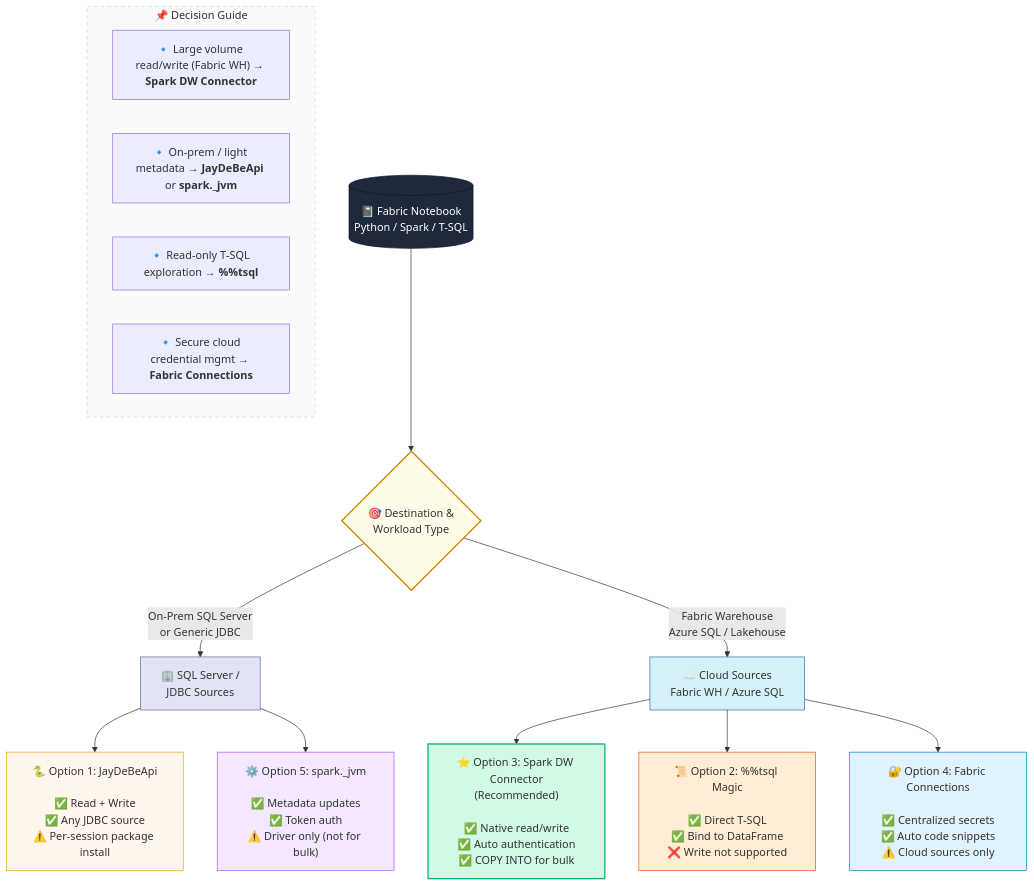
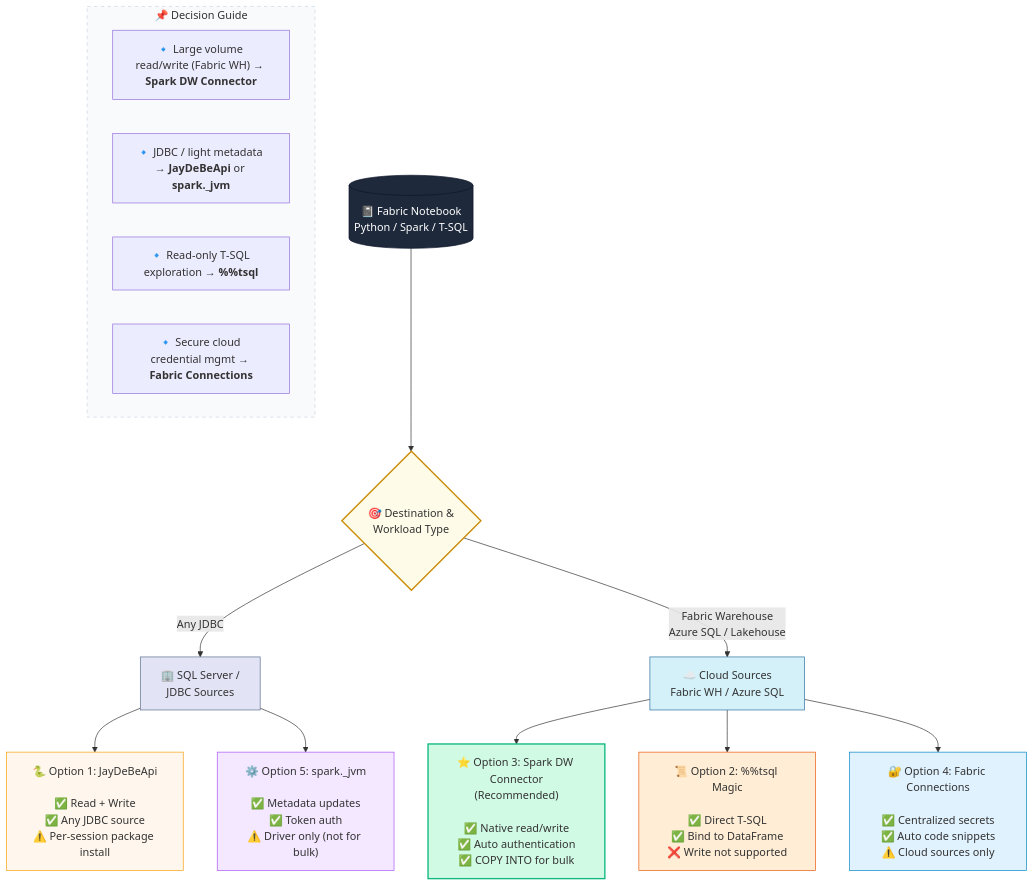
Before and after one commit to ZosBHAI/tech_notes: the diagram in technical_notes/ytube_contents/Fabric/Notebook_JDBC_Util/Connecting_to_jdbc_source.md, drawn with Mermaid.

````diff
--- a/technical_notes/ytube_contents/Fabric/Notebook_JDBC_Util/Connecting_to_jdbc_source.md
+++ b/technical_notes/ytube_contents/Fabric/Notebook_JDBC_Util/Connecting_to_jdbc_source.md
@@ -103,47 +103,47 @@
 ``` mermaid
 flowchart TD
     Start[("📓 Fabric Notebook<br>Python / Spark / T-SQL")]
     
     Start --> Decision{🎯 Destination &<br>Workload Type}
     
-    %% On-Prem / Classic SQL Branch
-    Decision -->|On-Prem SQL Server<br>or Generic JDBC| OnPremGroup[🏢 SQL Server /<br>JDBC Sources]
+    %% Any JDBC Source Branch
+    Decision -->|Any JDBC| OnPremGroup[🏢 SQL Server /<br>JDBC Sources]
     
     OnPremGroup --> JayDeBeApi["🐍 Option 1: JayDeBeApi<br><br>✅ Read + Write<br>✅ Any JDBC source<br>⚠️ Per-session package install"]
     OnPremGroup --> SparkJVM["⚙️ Option 5: spark._jvm<br><br>✅ Metadata updates<br>✅ Token auth<br>⚠️ Driver only (not for bulk)"]
     
     %% Cloud / Fabric Warehouse Branch
     Decision -->|Fabric Warehouse<br>Azure SQL / Lakehouse| CloudGroup[☁️ Cloud Sources<br>Fabric WH / Azure SQL]
     
     CloudGroup --> SparkConnector["⭐ Option 3: Spark DW Connector<br>(Recommended)<br><br>✅ Native read/write<br>✅ Auto authentication<br>✅ COPY INTO for bulk"]
     CloudGroup --> TSQLMagic["📜 Option 2: %%tsql Magic<br><br>✅ Direct T-SQL<br>✅ Bind to DataFrame<br>❌ Write not supported"]
     CloudGroup --> FabricConn["🔐 Option 4: Fabric Connections<br><br>✅ Centralized secrets<br>✅ Auto code snippets<br>⚠️ Cloud sources only"]
     
     
     
     %% Recommendation summary
     subgraph Legend["📌 Decision Guide"]
         L1["🔹 Large volume read/write (Fabric WH) → <b>Spark DW Connector</b>"]
-        L2["🔹 On‑prem / light metadata → <b>JayDeBeApi</b> or <b>spark._jvm</b>"]
+        L2["🔹 JDBC / light metadata → <b>JayDeBeApi</b> or <b>spark._jvm</b>"]
         L3["🔹 Read‑only T‑SQL exploration → <b>%%tsql</b>"]
         L4["🔹 Secure cloud credential mgmt → <b>Fabric Connections</b>"]
     end
     
     %% Clickable links (GitHub Markdown compatible - renders in Mermaid Live / supported viewers)
     click JayDeBeApi "https://milescole.dev/data-engineering/2024/09/27/Another-Way-to-Connect-to-the-SQL-Endpoint.html" "JayDeBeApi: JDBC from Python"
     click SparkJVM "https://gist.github.com/ZosBHAI/f79ff727292a84dbdb8b56d05d39bfd2" "spark._jvm token auth example"
     click SparkConnector "https://learn.microsoft.com/en-us/fabric/data-engineering/spark-data-warehouse-connector?tabs=pyspark" "Spark Data Warehouse Connector docs"
     click TSQLMagic "https://medium.com/@karlovskyl/can-you-work-with-a-data-warehouse-from-a-fabric-notebook-a16f62e5c891" "%%tsql magic command"
     click FabricConn "https://www.youtube.com/watch?v=qjUa_gyBAeM" "Fabric Connections demo"
     
     style Start fill:#1e293b,stroke:#0f172a,color:#fff
     style Decision fill:#fefce8,stroke:#ca8a04,stroke-width:2px
     style OnPremGroup fill:#e2e3f5,stroke:#5b6e8c
     style CloudGroup fill:#d4f1f9,stroke:#2c6e9e
     style SparkConnector fill:#d1fae5,stroke:#10b981,stroke-width:2px
     style JayDeBeApi fill:#fff7ed,stroke:#f59e0b
     style SparkJVM fill:#f3e8ff,stroke:#a855f7
     style TSQLMagic fill:#ffedd5,stroke:#ea580c
     style FabricConn fill:#e0f2fe,stroke:#0284c7
     style Legend fill:#f8fafc,stroke:#cbd5e1,stroke-dasharray: 5 5
 ```
````
